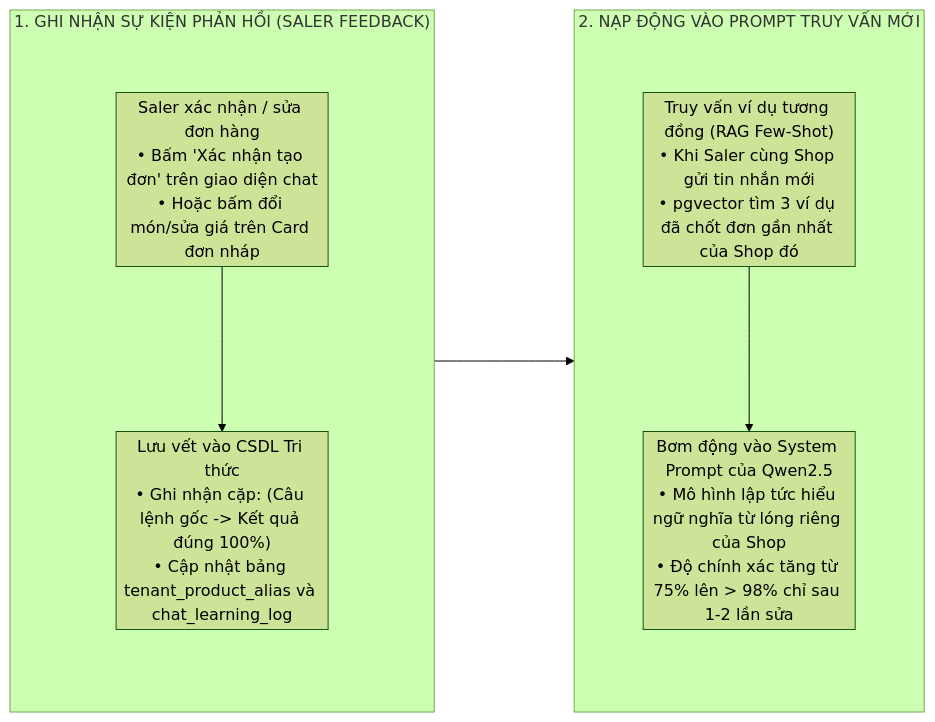
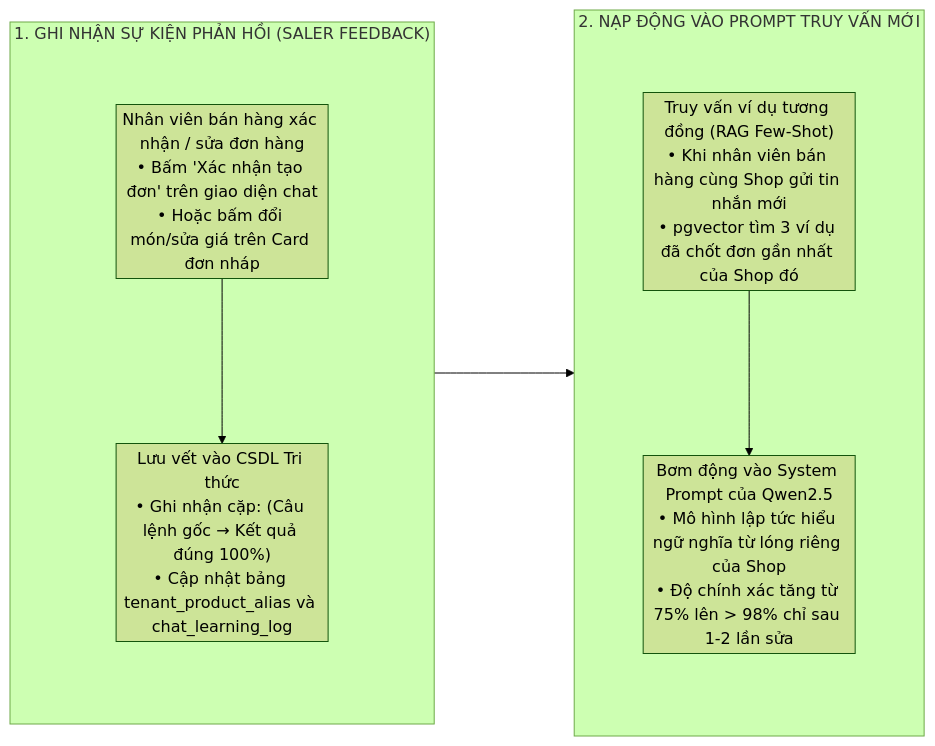
One commit to chapisoft/miai changed the third of 4 diagrams in doc/rd/chat.md. Above: the diagram before and after it, drawn with Mermaid (forest theme). The commit also changed other lines of this file and 37 other files, not shown here.

````diff
--- a/doc/rd/chat.md
+++ b/doc/rd/chat.md
@@ -71,19 +71,19 @@
 ```mermaid
 %%{init: {'flowchart': {'nodeSpacing': 8, 'rankSpacing': 140, 'padding': 3, 'curve': 'basis'}}}%%
 flowchart LR
     subgraph S_FEEDBACK_CAPTURE ["1. GHI NHẬN SỰ KIỆN PHẢN HỒI (SALER FEEDBACK)"]
         direction TB
-        E_CONFIRM["Saler xác nhận / sửa đơn hàng<br/>• Bấm 'Xác nhận tạo đơn' trên giao diện chat<br/>• Hoặc bấm đổi món/sửa giá trên Card đơn nháp"]
-        E_RECORD["Lưu vết vào CSDL Tri thức<br/>• Ghi nhận cặp: (Câu lệnh gốc -> Kết quả đúng 100%)<br/>• Cập nhật bảng tenant_product_alias và chat_learning_log"]
+        E_CONFIRM["Nhân viên bán hàng xác nhận / sửa đơn hàng<br/>• Bấm 'Xác nhận tạo đơn' trên giao diện chat<br/>• Hoặc bấm đổi món/sửa giá trên Card đơn nháp"]
+        E_RECORD["Lưu vết vào CSDL Tri thức<br/>• Ghi nhận cặp: (Câu lệnh gốc → Kết quả đúng 100%)<br/>• Cập nhật bảng tenant_product_alias và chat_learning_log"]
         E_CONFIRM --> E_RECORD
     end
 
     subgraph S_DYNAMIC_INJECTION ["2. NẠP ĐỘNG VÀO PROMPT TRUY VẤN MỚI"]
         direction TB
-        E_RETRIEVE["Truy vấn ví dụ tương đồng (RAG Few-Shot)<br/>• Khi Saler cùng Shop gửi tin nhắn mới<br/>• pgvector tìm 3 ví dụ đã chốt đơn gần nhất của Shop đó"]
+        E_RETRIEVE["Truy vấn ví dụ tương đồng (RAG Few-Shot)<br/>• Khi nhân viên bán hàng cùng Shop gửi tin nhắn mới<br/>• pgvector tìm 3 ví dụ đã chốt đơn gần nhất của Shop đó"]
         E_PROMPT["Bơm động vào System Prompt của Qwen2.5<br/>• Mô hình lập tức hiểu ngữ nghĩa từ lóng riêng của Shop<br/>• Độ chính xác tăng từ 75% lên > 98% chỉ sau 1-2 lần sửa"]
         E_RETRIEVE --> E_PROMPT
     end
 
     S_FEEDBACK_CAPTURE --> S_DYNAMIC_INJECTION
 ```
````
